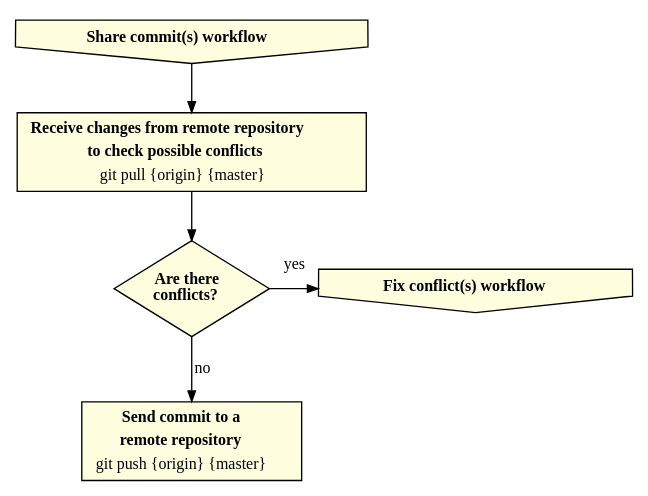
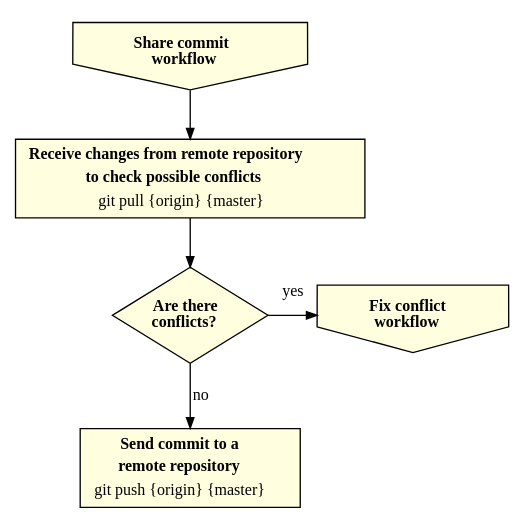
One commit to fabriciofx/gitflowchart changed the diagram in flowchart/sharing-workflow.gv. Above: the diagram before and after it, drawn with Graphviz. The commit also changed 5 other files, not shown here.

```diff
--- a/flowchart/sharing-workflow.gv
+++ b/flowchart/sharing-workflow.gv
@@ -1,63 +1,63 @@
 digraph sharingworkflow {
     splines = line;
 
     edge [
         arrowsize = 0.8,
         fontname = "Verdana",
         fontsize = 12
     ]
 
     node [
         shape = rect,
         style = filled,
         fillcolor = lightyellow,
         fontname = "Verdana",
         fontsize = 12
     ]
 
     // workflow
     share_commit [
         shape = invhouse,
-        label = <<b>Share commit(s) workflow</b>>
+        label = <<b>Share commit<br/>workflow</b>>
     ]
     fix_conflicts [
         shape = invhouse,
-        label = <<b>Fix conflict(s) workflow</b>>
+        label = <<b>Fix conflict<br/>workflow</b>>
     ]
 
     // decisions
     are_there_conflicts [
         shape = diamond,
         label = <<b>Are there<br/>conflicts?</b>>,
         height = 1
     ]
 
     // commands
     git_pull [
         label = <
             <table border="0" cellborder="0" cellspacing="0">
             <tr><td><b>Receive changes from remote repository</b></td></tr>
             <tr><td><b>to check possible conflicts</b></td></tr>
             <tr><td>git pull {origin} {master}</td></tr>
             </table>
         >
     ]
     git_push [
         label = <
             <table border="0" cellborder="0" cellspacing="0">
             <tr><td><b>Send commit to a</b></td></tr>
             <tr><td><b>remote repository</b></td></tr>
             <tr><td>git push {origin} {master}</td></tr>
             </table>
         >
     ]
 
     // relations
     share_commit -> git_pull
     git_pull -> are_there_conflicts
     are_there_conflicts -> git_push [label = "no"]
     are_there_conflicts:e -> fix_conflicts [label = "yes", constraint = false]
 
     // put are_there_conflicts and fix_conflicts in the same row
     { rank = same; are_there_conflicts; fix_conflicts; }
 }
```
